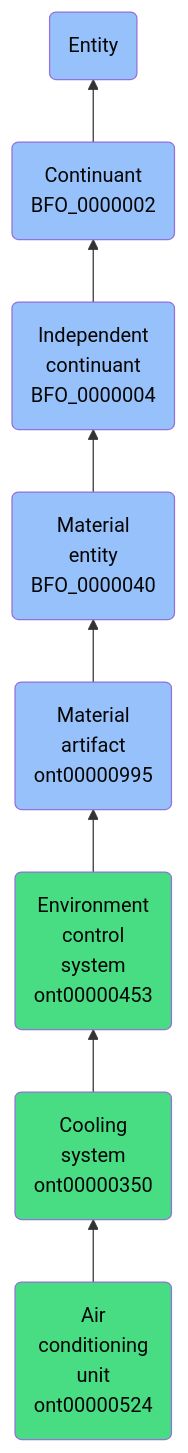
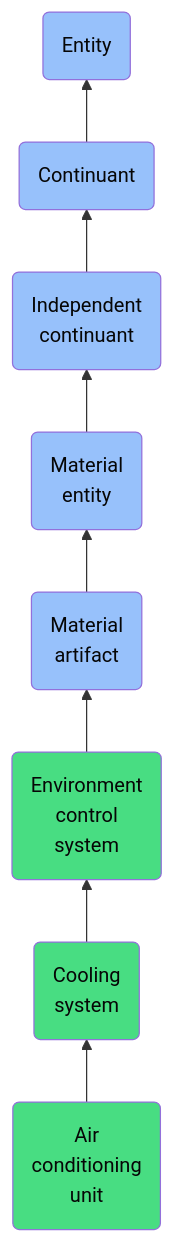
Before and after one commit to jupyter-naas/abi: the diagram in docs/ontology/reference/model/Entity/Continuant/Independent continuant/Material entity/Material artifact/Environment control system/Cooling system/Air conditioning unit/Air conditioning unit.md, drawn with Mermaid. The commit also changed other lines of this file and 1430 other files, not shown here.

````diff
--- a/docs/ontology/reference/model/Entity/Continuant/Independent continuant/Material entity/Material artifact/Environment control system/Cooling system/Air conditioning unit/Air conditioning unit.md
+++ b/docs/ontology/reference/model/Entity/Continuant/Independent continuant/Material entity/Material artifact/Environment control system/Cooling system/Air conditioning unit/Air conditioning unit.md
@@ -24,15 +24,15 @@
 ```mermaid
 graph BT
-    ont00000524(Air<br>conditioning<br>unit<br>ont00000524):::ABI-->ont00000350
-    ont00000350(Cooling<br>system<br>ont00000350):::ABI-->ont00000453
-    ont00000453(Environment<br>control<br>system<br>ont00000453):::ABI-->ont00000995
-    ont00000995(Material<br>artifact<br>ont00000995):::BFO-->BFO_0000040
-    BFO_0000040(Material<br>entity<br>BFO_0000040):::BFO-->BFO_0000004
-    BFO_0000004(Independent<br>continuant<br>BFO_0000004):::BFO-->BFO_0000002
-    BFO_0000002(Continuant<br>BFO_0000002):::BFO-->BFO_0000001
+    ont00000524(Air<br>conditioning<br>unit):::ABI-->ont00000350
+    ont00000350(Cooling<br>system):::ABI-->ont00000453
+    ont00000453(Environment<br>control<br>system):::ABI-->ont00000995
+    ont00000995(Material<br>artifact):::BFO-->BFO_0000040
+    BFO_0000040(Material<br>entity):::BFO-->BFO_0000004
+    BFO_0000004(Independent<br>continuant):::BFO-->BFO_0000002
+    BFO_0000002(Continuant):::BFO-->BFO_0000001
     BFO_0000001(Entity):::BFO
     
     classDef BFO fill:#97c1fb,color:#060606
     classDef CCO fill:#e4c51e,color:#060606
     classDef ABI fill:#48DD82,color:#060606
 ```
````
